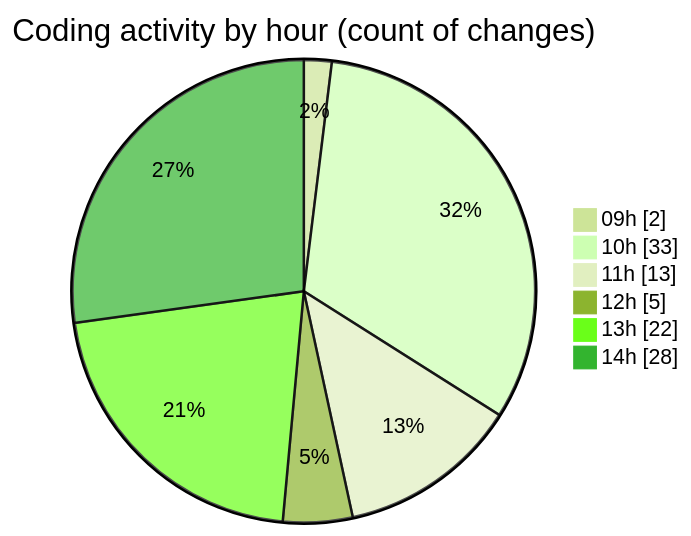
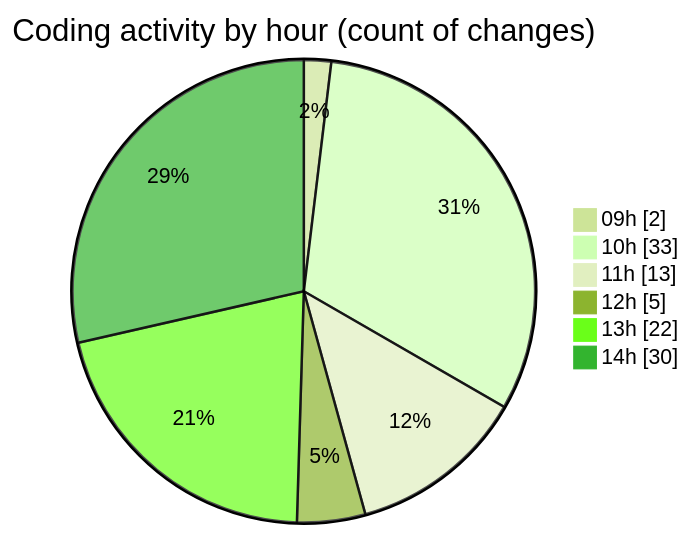
The second of 2 diagrams in 2025-08-12/cda/README.md (momahboobian/code-tracking), drawn with Mermaid (forest theme) before and after one commit. The commit also changed other lines of this file and 1 other file, not shown here.

````diff
--- a/2025-08-12/cda/README.md
+++ b/2025-08-12/cda/README.md
@@ -53,10 +53,10 @@
 ```mermaid
 pie showData
 title Coding activity by hour (count of changes)
 "09h" : 2
 "10h" : 33
 "11h" : 13
 "12h" : 5
 "13h" : 22
-"14h" : 28
+"14h" : 30
 ```
````
